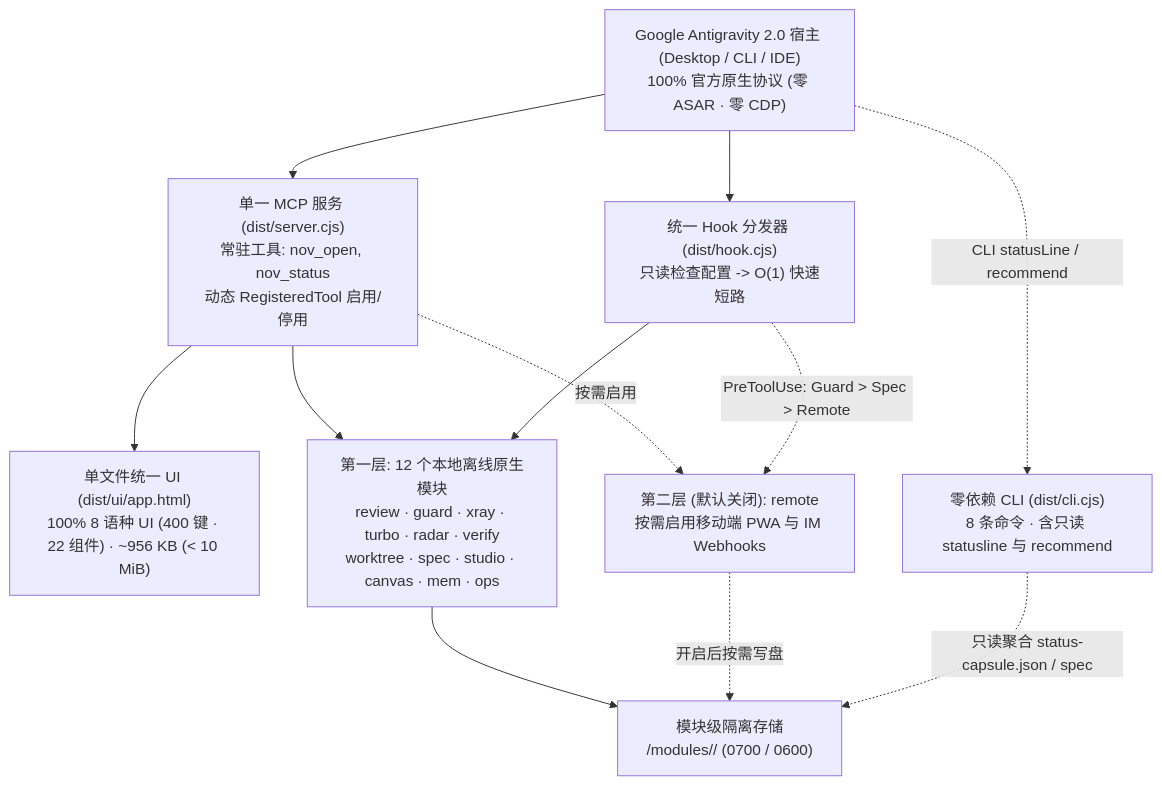
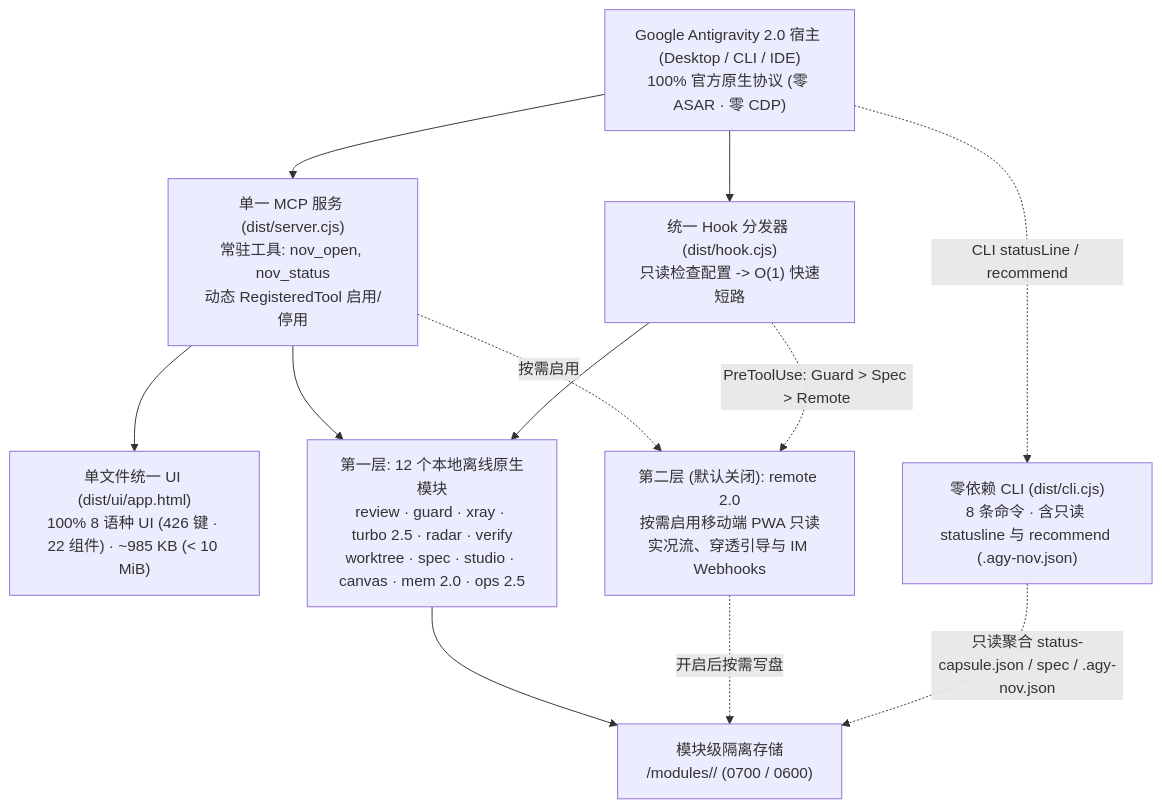
The diagram in docs/i18n/README.zh-CN.md (tone-leh/agy-NOV), drawn with Mermaid before and after one commit. The commit also changed other lines of this file and 59 other files, not shown here.

Commit message:
feat(v0.6.0): Mem 2.0 progressive disclosure & <private>, Turbo 2.5 gain & 8.8KB guardrail, Remote 2.0 read-only stream, .agy-nov.json team preset & Ops 2.5

````diff
--- a/docs/i18n/README.zh-CN.md
+++ b/docs/i18n/README.zh-CN.md
@@ -221,23 +224,23 @@
 ```mermaid
 flowchart TB
   Host["Google Antigravity 2.0 宿主 (Desktop / CLI / IDE)\n100% 官方原生协议 (零 ASAR · 零 CDP)"]
   MCP["单一 MCP 服务 (dist/server.cjs)\n常驻工具: nov_open, nov_status\n动态 RegisteredTool 启用/停用"]
-  UI["单文件统一 UI (dist/ui/app.html)\n100% 8 语种 UI (400 键 · 22 组件) · ~956 KB (< 10 MiB)"]
+  UI["单文件统一 UI (dist/ui/app.html)\n100% 8 语种 UI (426 键 · 22 组件) · ~985 KB (< 10 MiB)"]
   Hook["统一 Hook 分发器 (dist/hook.cjs)\n只读检查配置 -> O(1) 快速短路"]
-  CLI["零依赖 CLI (dist/cli.cjs)\n8 条命令 · 含只读 statusline 与 recommend"]
+  CLI["零依赖 CLI (dist/cli.cjs)\n8 条命令 · 含只读 statusline 与 recommend (.agy-nov.json)"]
   Store["模块级隔离存储\n<dataDir>/modules/<id>/ (0700 / 0600)"]
-  T1["第一层: 12 个本地离线原生模块\nreview · guard · xray · turbo · radar · verify\nworktree · spec · studio · canvas · mem · ops"]
-  T2R["第二层 (默认关闭): remote\n按需启用移动端 PWA 与 IM Webhooks"]
+  T1["第一层: 12 个本地离线原生模块\nreview · guard · xray · turbo 2.5 · radar · verify\nworktree · spec · studio · canvas · mem 2.0 · ops 2.5"]
+  T2R["第二层 (默认关闭): remote 2.0\n按需启用移动端 PWA 只读实况流、穿透引导与 IM Webhooks"]
 
   Host --> MCP
   Host --> Hook
   Host -. "CLI statusLine / recommend" .-> CLI
   MCP --> UI
   MCP --> T1
   MCP -. "按需启用" .-> T2R
   Hook --> T1
   Hook -. "PreToolUse: Guard > Spec > Remote" .-> T2R
   T1 --> Store
   T2R -. "开启后按需写盘" .-> Store
-  CLI -. "只读聚合 status-capsule.json / spec" .-> Store
+  CLI -. "只读聚合 status-capsule.json / spec / .agy-nov.json" .-> Store
 ```
````
